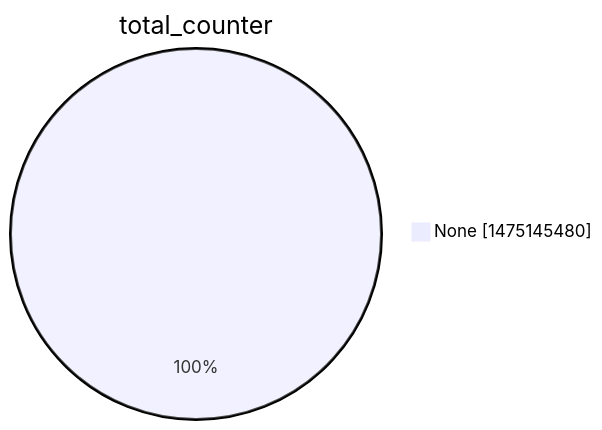
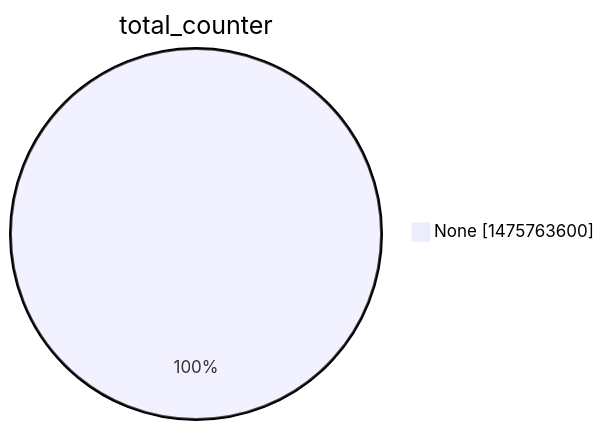
The second of 15 diagrams in argon2022/README.md (christiankrug/ctmonitor_visualization), drawn with Mermaid before and after one commit. The commit also changed other lines of this file, not shown here.

````diff
--- a/argon2022/README.md
+++ b/argon2022/README.md
@@ -9,5 +9,5 @@
 ```mermaid
 pie showData
 title total_counter
-"None" :1475145480
+"None" :1475763600
 ```
````
